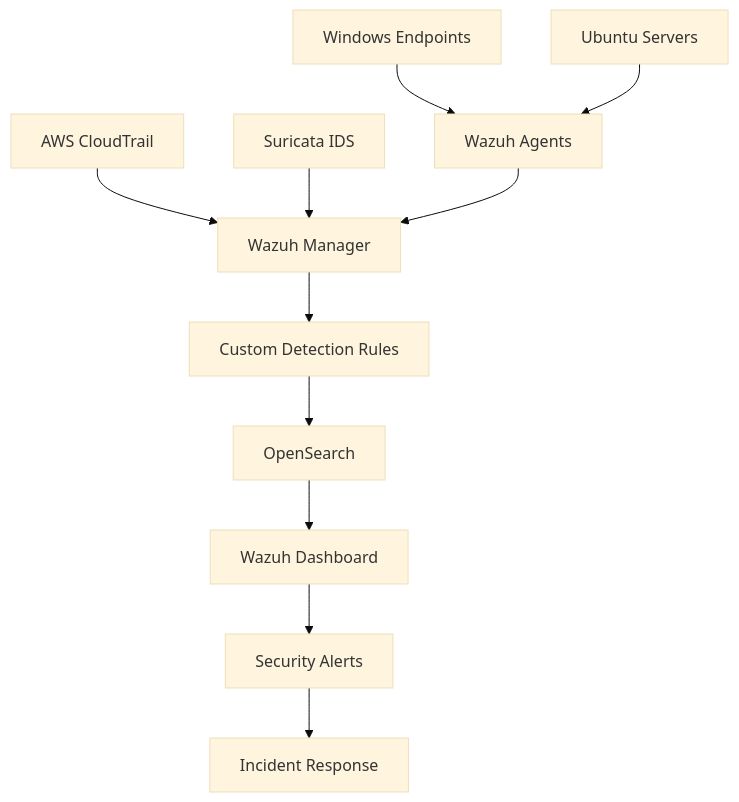
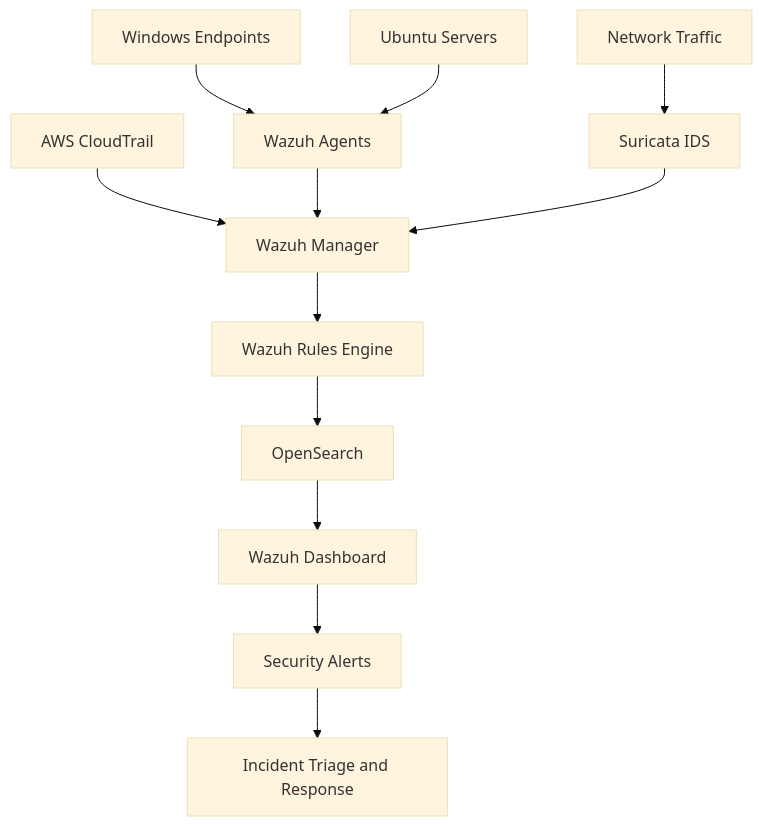
The first of 2 diagrams in 01-fireops-monitoring-environment/README.md (getmebayo/expadox-lab-portfolio), drawn with Mermaid (base theme) before and after one commit. The commit also changed other lines of this file and 2 other files, not shown here.

````diff
--- a/01-fireops-monitoring-environment/README.md
+++ b/01-fireops-monitoring-environment/README.md
@@ -57,26 +90,21 @@
 ```mermaid
 flowchart TD
+    A[Windows Endpoints]
+    B[Ubuntu Servers]
+    C[AWS CloudTrail]
+    D[Network Traffic]
 
-A[Windows Endpoints]
-B[Ubuntu Servers]
-C[AWS CloudTrail]
-D[Suricata IDS]
+    A --> E[Wazuh Agents]
+    B --> E
+    C --> F[Wazuh Manager]
+    D --> G[Suricata IDS]
 
-A --> E[Wazuh Agents]
-B --> E
+    E --> F
+    G --> F
 
-C --> F[Wazuh Manager]
-D --> F
-
-E --> F
-
-F --> G[Custom Detection Rules]
-
-G --> H[OpenSearch]
-
-H --> I[Wazuh Dashboard]
-
-I --> J[Security Alerts]
-
-J --> K[Incident Response]
+    F --> H[Wazuh Rules Engine]
+    H --> I[OpenSearch]
+    I --> J[Wazuh Dashboard]
+    J --> K[Security Alerts]
+    K --> L[Incident Triage and Response]
 ```
````
